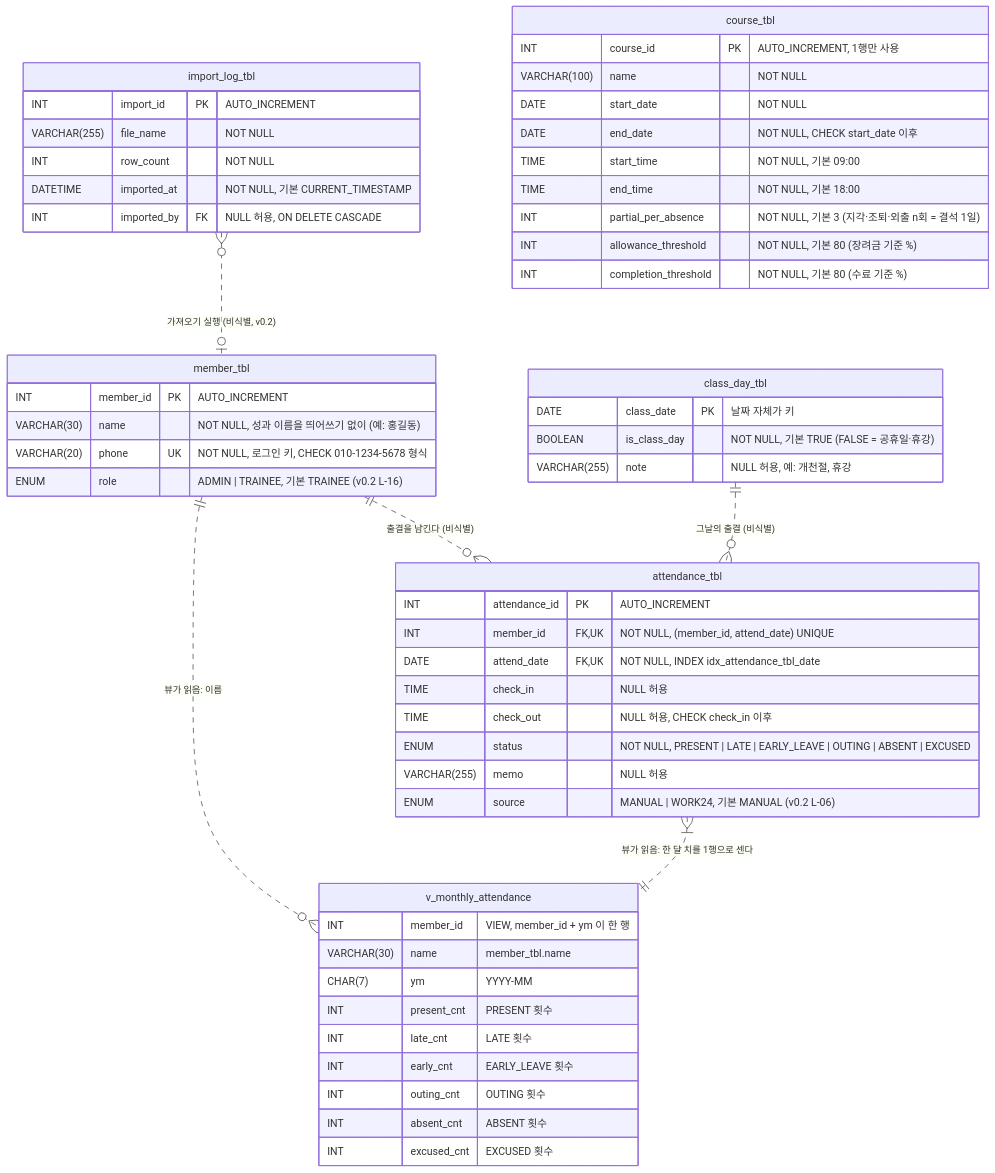
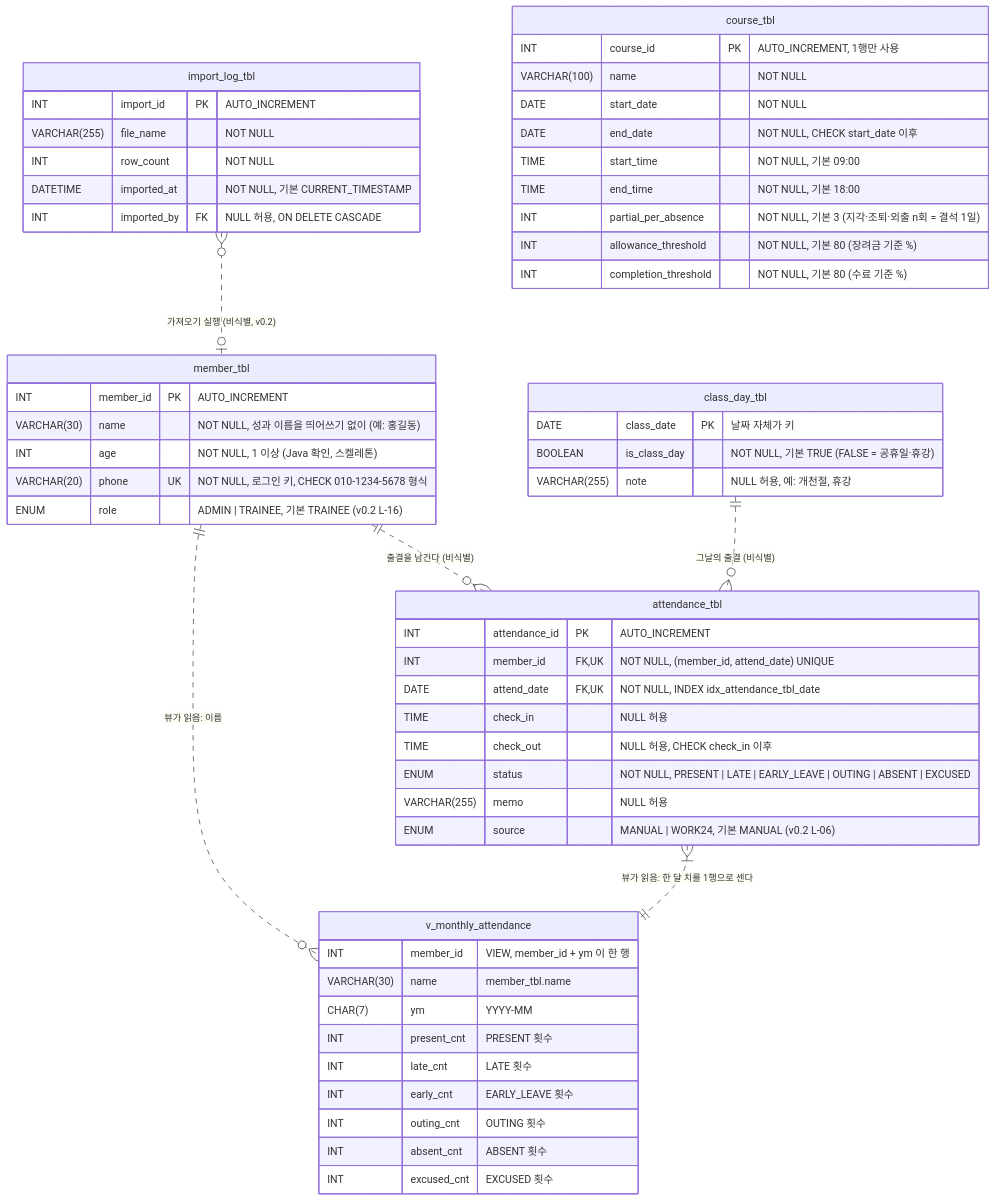
One commit to 20260921-saltlux-llm-agent-service-2nd/3WHY_java-latecatcher changed the first of 3 diagrams in docs/erd.md. Above: the diagram before and after it, drawn with Mermaid. The commit also changed other lines of this file and 2 other files, not shown here.

First line of the commit message:
docs: [문서] 회원은 스켈레톤 그대로 — age 유지

````diff
--- a/docs/erd.md
+++ b/docs/erd.md
@@ -26,69 +26,70 @@
 ```mermaid
 ---
 config:
   er:
     layoutDirection: LR
 ---
 erDiagram
     import_log_tbl }o..o| member_tbl     : "가져오기 실행 (비식별, v0.2)"
     member_tbl     ||..o{ attendance_tbl : "출결을 남긴다 (비식별)"
     class_day_tbl  ||..o{ attendance_tbl : "그날의 출결 (비식별)"
     attendance_tbl }|..|| v_monthly_attendance : "뷰가 읽음: 한 달 치를 1행으로 센다"
     member_tbl     ||..o{ v_monthly_attendance : "뷰가 읽음: 이름"
 
     member_tbl {
         INT         member_id PK "AUTO_INCREMENT"
         VARCHAR(30) name         "NOT NULL, 성과 이름을 띄어쓰기 없이 (예: 홍길동)"
+        INT         age          "NOT NULL, 1 이상 (Java 확인, 스켈레톤)"
         VARCHAR(20) phone     UK "NOT NULL, 로그인 키, CHECK 010-1234-5678 형식"
         ENUM        role         "ADMIN | TRAINEE, 기본 TRAINEE (v0.2 L-16)"
     }
 
     course_tbl {
         INT          course_id            PK "AUTO_INCREMENT, 1행만 사용"
         VARCHAR(100) name                    "NOT NULL"
         DATE         start_date              "NOT NULL"
         DATE         end_date                "NOT NULL, CHECK start_date 이후"
         TIME         start_time              "NOT NULL, 기본 09:00"
         TIME         end_time                "NOT NULL, 기본 18:00"
         INT          partial_per_absence     "NOT NULL, 기본 3 (지각·조퇴·외출 n회 = 결석 1일)"
         INT          allowance_threshold     "NOT NULL, 기본 80 (장려금 기준 %)"
         INT          completion_threshold    "NOT NULL, 기본 80 (수료 기준 %)"
     }
 
     class_day_tbl {
         DATE         class_date   PK "날짜 자체가 키"
         BOOLEAN      is_class_day    "NOT NULL, 기본 TRUE (FALSE = 공휴일·휴강)"
         VARCHAR(255) note            "NULL 허용, 예: 개천절, 휴강"
     }
 
     attendance_tbl {
         INT          attendance_id PK     "AUTO_INCREMENT"
         INT          member_id     FK, UK "NOT NULL, (member_id, attend_date) UNIQUE"
         DATE         attend_date   FK, UK "NOT NULL, INDEX idx_attendance_tbl_date"
         TIME         check_in             "NULL 허용"
         TIME         check_out            "NULL 허용, CHECK check_in 이후"
         ENUM         status               "NOT NULL, PRESENT | LATE | EARLY_LEAVE | OUTING | ABSENT | EXCUSED"
         VARCHAR(255) memo                 "NULL 허용"
         ENUM         source               "MANUAL | WORK24, 기본 MANUAL (v0.2 L-06)"
     }
 
     import_log_tbl {
         INT          import_id   PK "AUTO_INCREMENT"
         VARCHAR(255) file_name      "NOT NULL"
         INT          row_count      "NOT NULL"
         DATETIME     imported_at    "NOT NULL, 기본 CURRENT_TIMESTAMP"
         INT          imported_by FK "NULL 허용, ON DELETE CASCADE"
     }
 
     v_monthly_attendance {
         INT         member_id   "VIEW, member_id + ym 이 한 행"
         VARCHAR(30) name        "member_tbl.name"
         CHAR(7)     ym          "YYYY-MM"
         INT         present_cnt "PRESENT 횟수"
         INT         late_cnt    "LATE 횟수"
         INT         early_cnt   "EARLY_LEAVE 횟수"
         INT         outing_cnt  "OUTING 횟수"
         INT         absent_cnt  "ABSENT 횟수"
         INT         excused_cnt "EXCUSED 횟수"
     }
 ```
````
